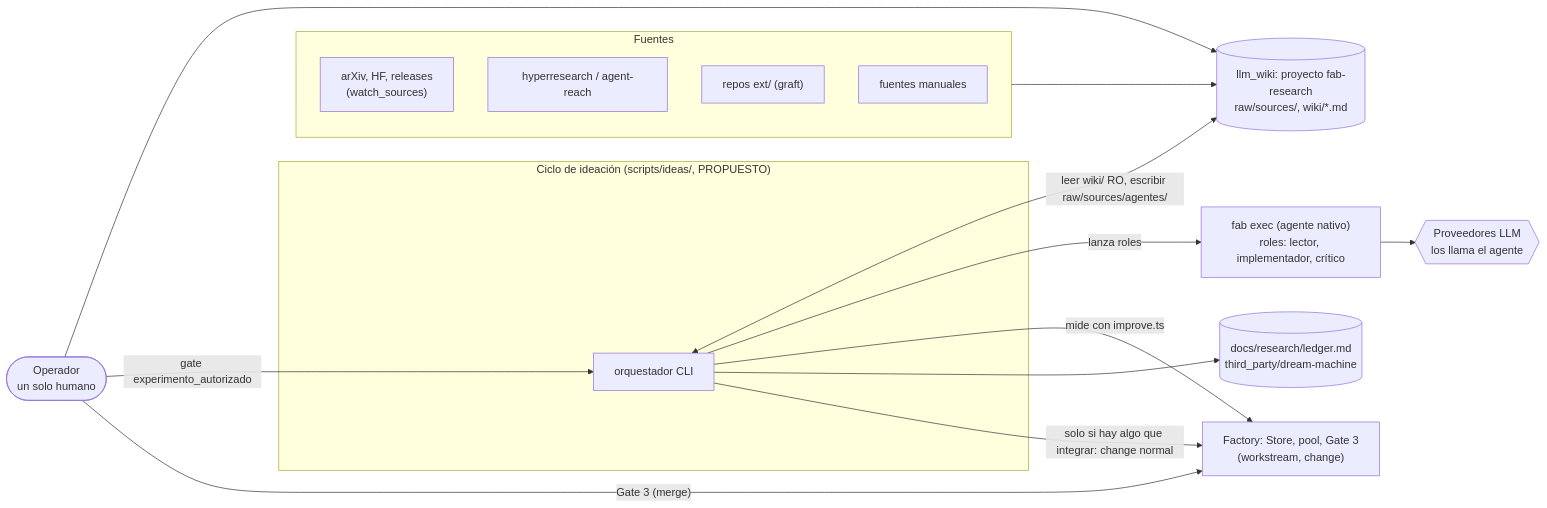
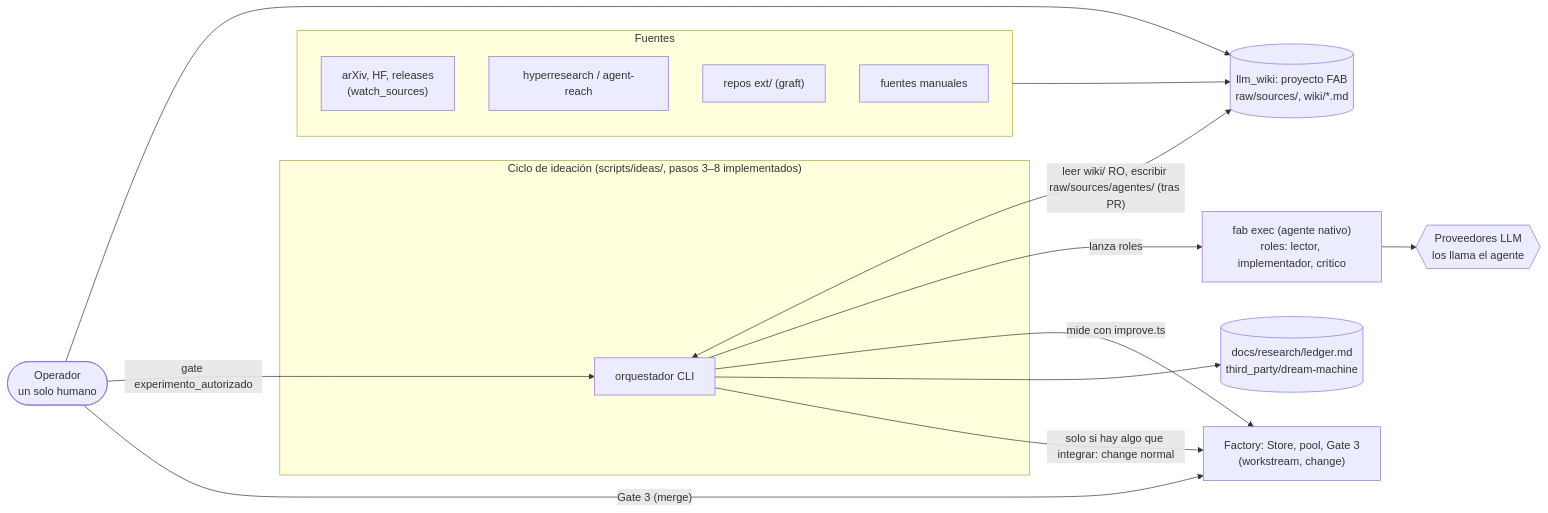
Before and after one commit to DarkCodePE/sw-factory: the first of 3 diagrams in techdocs/docs/investigacion/00-blueprint.md, drawn with Mermaid. The commit also changed other lines of this file and 10 other files, not shown here.

````diff
--- a/techdocs/docs/investigacion/00-blueprint.md
+++ b/techdocs/docs/investigacion/00-blueprint.md
@@ -10,29 +10,29 @@
 ```mermaid
 flowchart LR
     OP(["Operador<br/>un solo humano"])
     subgraph FUENTES["Fuentes"]
         W["arXiv, HF, releases<br/>(watch_sources)"]
         HR["hyperresearch / agent-reach"]
         EXT["repos ext/ (graft)"]
         OPF["fuentes manuales"]
     end
-    VAULT[("llm_wiki: proyecto fab-research<br/>raw/sources/, wiki/*.md")]
-    subgraph CICLO["Ciclo de ideación (scripts/ideas/, PROPUESTO)"]
+    VAULT[("llm_wiki: proyecto FAB<br/>raw/sources/, wiki/*.md")]
+    subgraph CICLO["Ciclo de ideación (scripts/ideas/, pasos 3–8 implementados)"]
         ORQ["orquestador CLI"]
     end
     EXEC["fab exec (agente nativo)<br/>roles: lector, implementador, crítico"]
     FAC["Factory: Store, pool, Gate 3<br/>(workstream, change)"]
     LED[("docs/research/ledger.md<br/>third_party/dream-machine")]
     LLM{{"Proveedores LLM<br/>los llama el agente"}}
 
     FUENTES --> VAULT
     OP --> VAULT
     OP -->|"gate experimento_autorizado"| ORQ
-    ORQ <-->|"leer wiki/ RO, escribir raw/sources/agentes/"| VAULT
+    ORQ <-->|"leer wiki/ RO, escribir raw/sources/agentes/ (tras PR)"| VAULT
     ORQ -->|"lanza roles"| EXEC
     EXEC --> LLM
     ORQ -->|"mide con improve.ts"| FAC
     ORQ --> LED
     ORQ -->|"solo si hay algo que integrar: change normal"| FAC
     OP -->|"Gate 3 (merge)"| FAC
 ```
````
